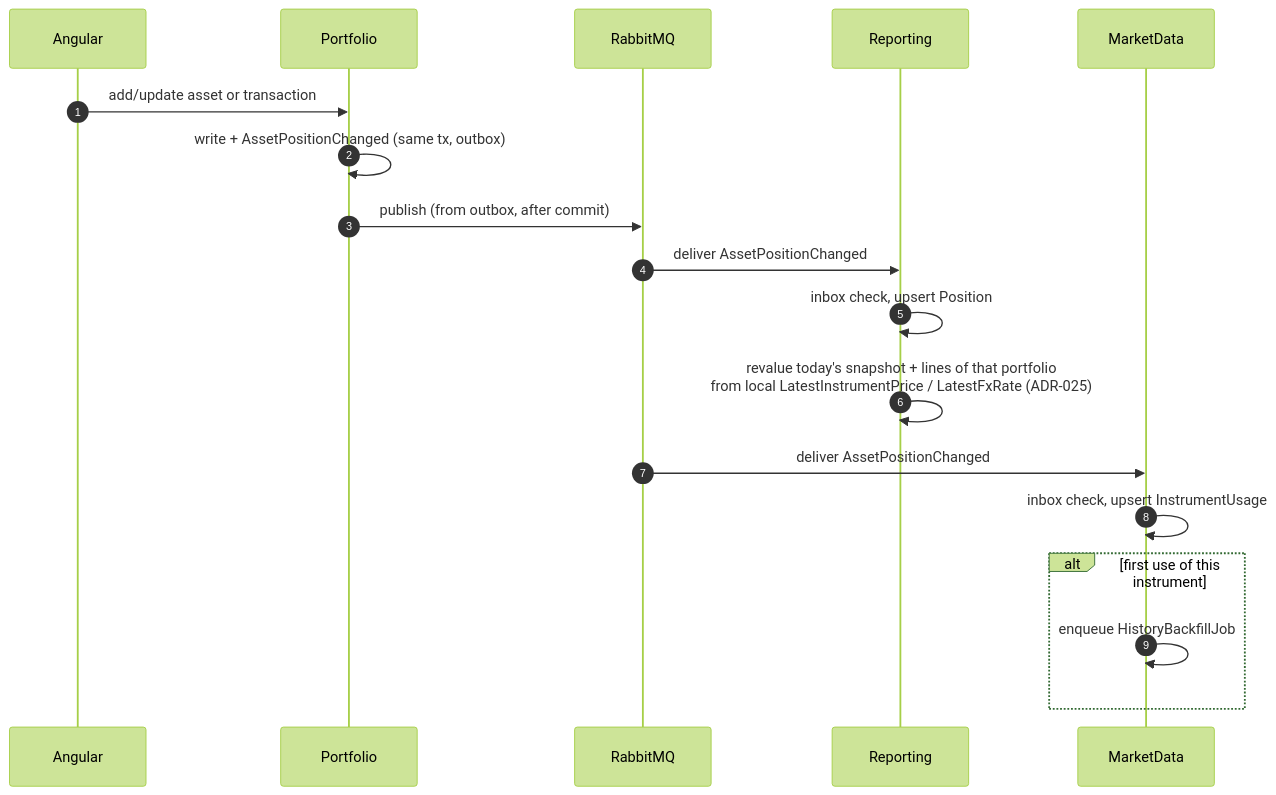
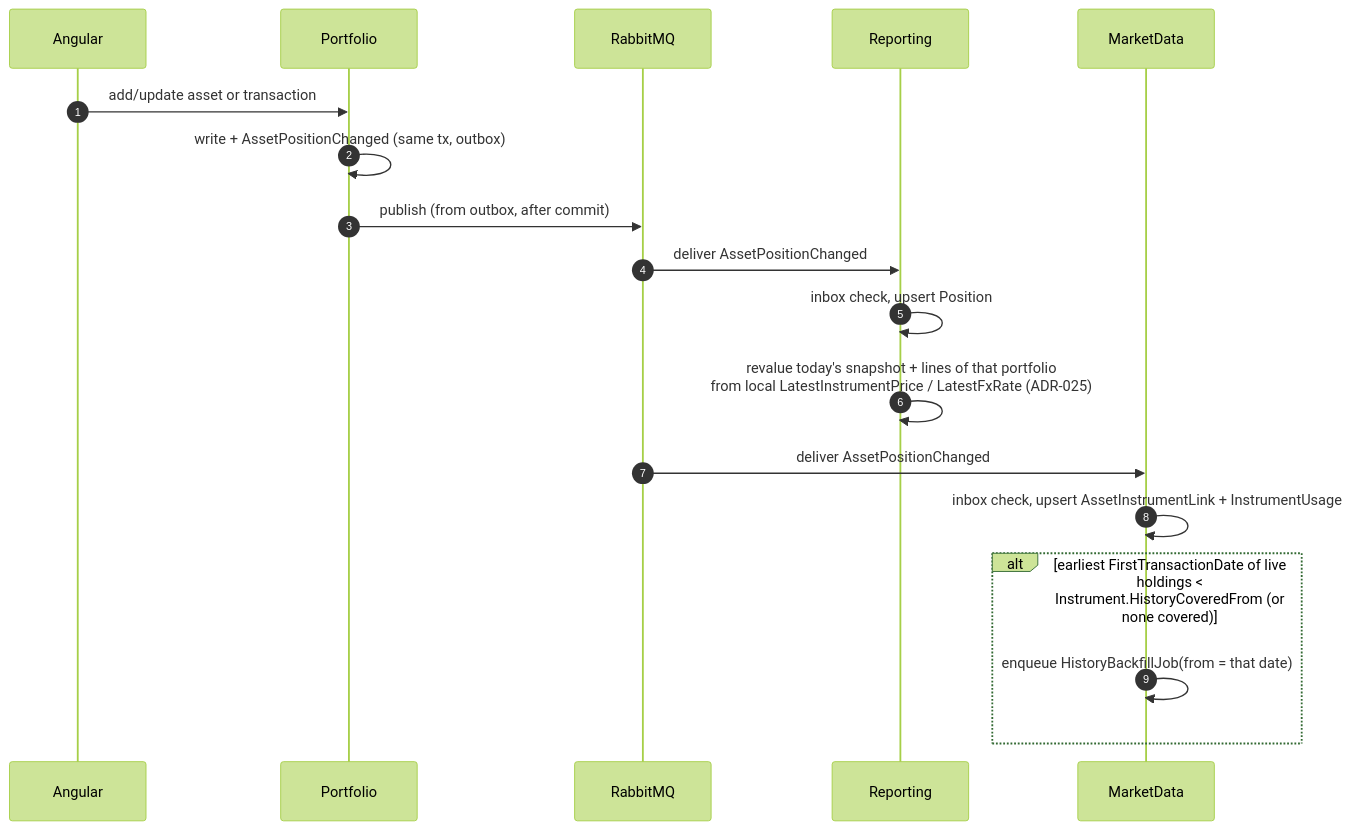
The third of 6 diagrams in skarbiec-plan/architecture.md (Maliniak93/FinMel), drawn with Mermaid (forest theme) before and after one commit. The commit also changed other lines of this file and 34 other files, not shown here.

First line of the commit message:
Stocks &amp; ETF: quote history from the first purchase (#218)

````diff
--- a/skarbiec-plan/architecture.md
+++ b/skarbiec-plan/architecture.md
@@ -112,21 +112,21 @@
 ```mermaid
 sequenceDiagram
     autonumber
     participant U as Angular
     participant PF as Portfolio
     participant MQ as RabbitMQ
     participant RP as Reporting
     participant MD as MarketData
 
     U->>PF: add/update asset or transaction
     PF->>PF: write + AssetPositionChanged (same tx, outbox)
     PF->>MQ: publish (from outbox, after commit)
     MQ->>RP: deliver AssetPositionChanged
     RP->>RP: inbox check, upsert Position
     RP->>RP: revalue today's snapshot + lines of that portfolio<br/>from local LatestInstrumentPrice / LatestFxRate (ADR-025)
     MQ->>MD: deliver AssetPositionChanged
-    MD->>MD: inbox check, upsert InstrumentUsage
-    alt first use of this instrument
-        MD->>MD: enqueue HistoryBackfillJob
+    MD->>MD: inbox check, upsert AssetInstrumentLink + InstrumentUsage
+    alt earliest FirstTransactionDate of live holdings < Instrument.HistoryCoveredFrom (or none covered)
+        MD->>MD: enqueue HistoryBackfillJob(from = that date)
     end
 ```
````
